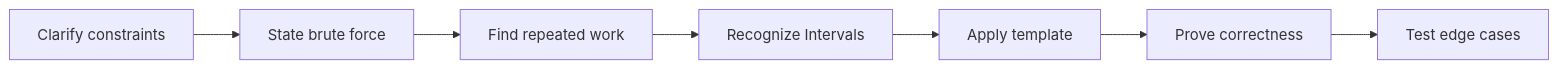
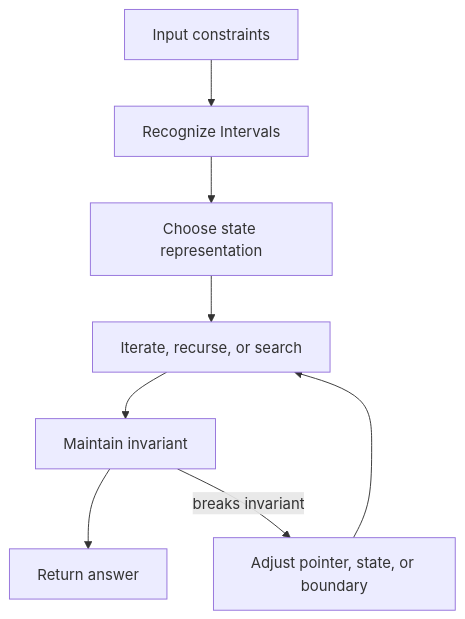
Before and after one commit to abstractinterviews/abstractinterviews.github.io: the second of 2 diagrams in coding-round/patterns/intervals/index.md, drawn with Mermaid. The commit also changed other lines of this file and 278 other files, not shown here.

````diff
--- a/coding-round/patterns/intervals/index.md
+++ b/coding-round/patterns/intervals/index.md
@@ -123,9 +121,10 @@
-~~~mermaid
-flowchart LR
-    A["Clarify constraints"] --> B["State brute force"]
-    B --> C["Find repeated work"]
-    C --> D["Recognize Intervals"]
-    D --> E["Apply template"]
-    E --> F["Prove correctness"]
-    F --> G["Test edge cases"]
-~~~
+```mermaid
+flowchart TD
+    Input["Input constraints"] --> Pattern["Recognize Intervals"]
+    Pattern --> State["Choose state representation"]
+    State --> Iterate["Iterate, recurse, or search"]
+    Iterate --> Check["Maintain invariant"]
+    Check --> Result["Return answer"]
+    Check -->|breaks invariant| Fix["Adjust pointer, state, or boundary"]
+    Fix --> Iterate
+```
````
